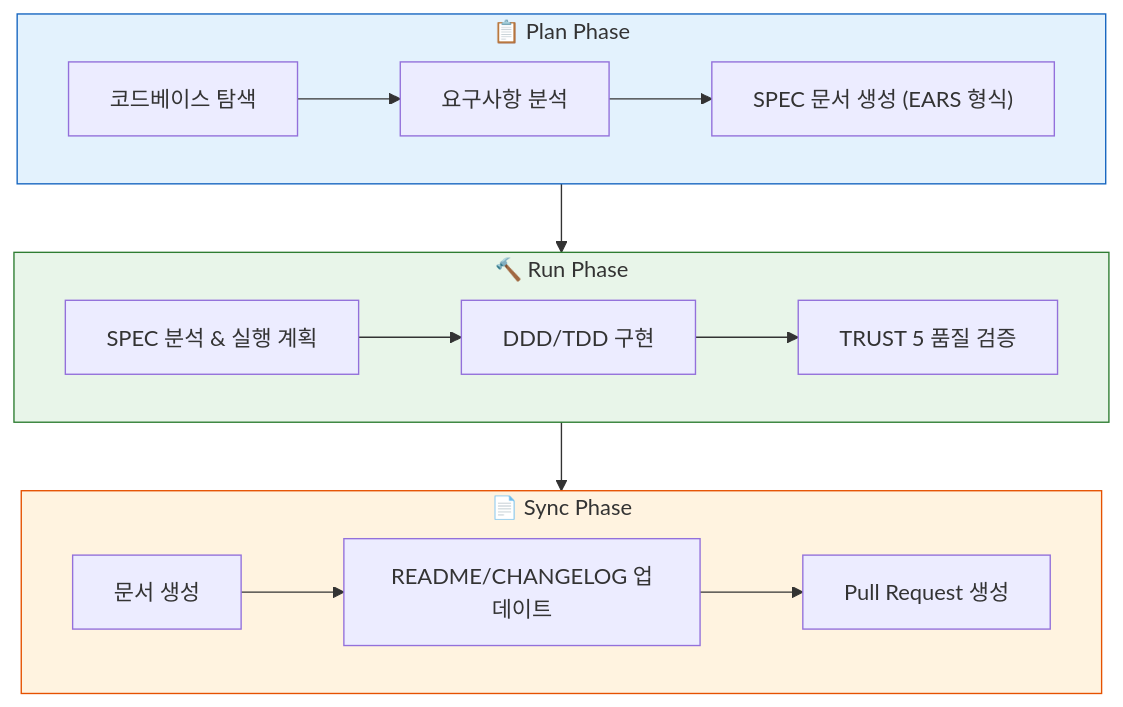
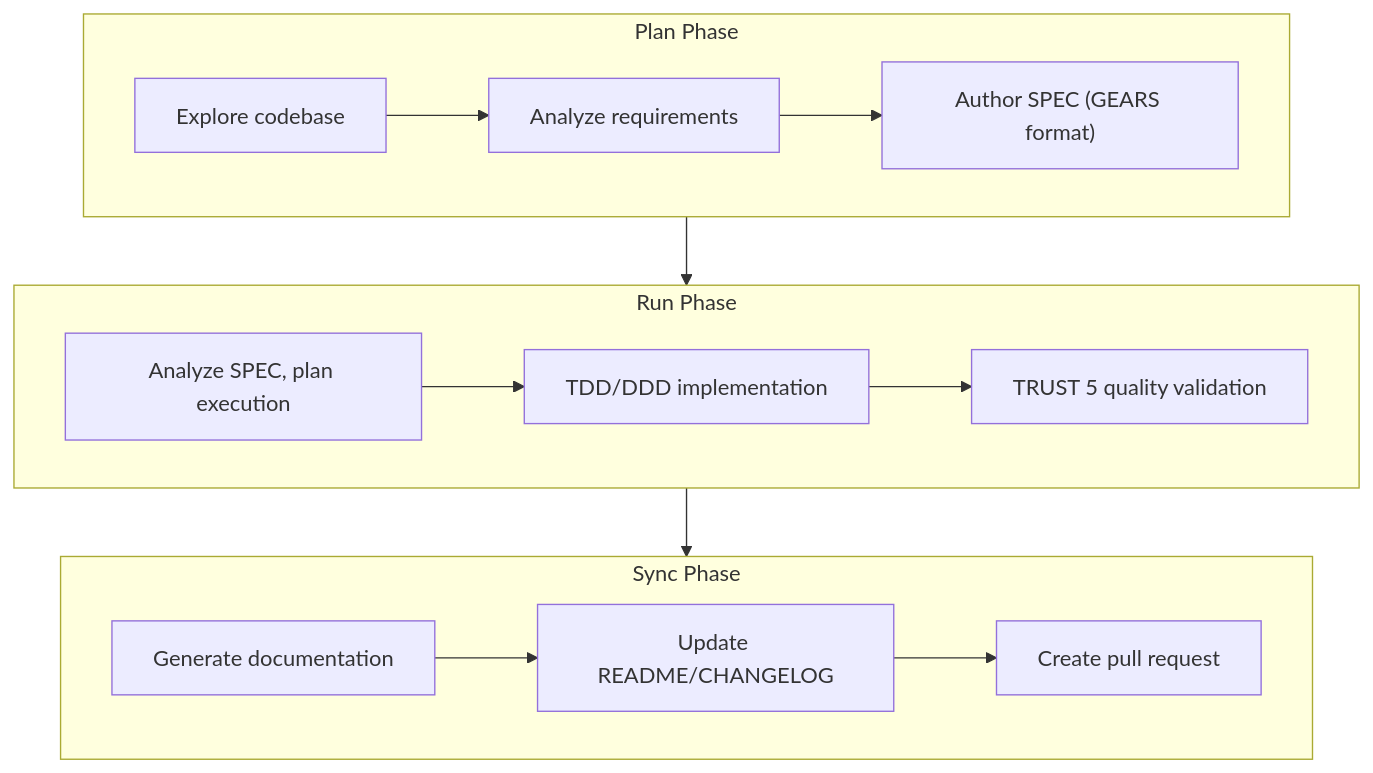
The fourth of 5 diagrams in README.ko.md (modu-ai/moai-adk), drawn with Mermaid before and after one commit. The commit also changed other lines of this file and 395 other files, not shown here.

````diff
--- a/README.ko.md
+++ b/README.ko.md
@@ -555,24 +390,20 @@
 ```mermaid
-graph TB
-    subgraph Plan ["📋 Plan Phase"]
-        P1["코드베이스 탐색"] --> P2["요구사항 분석"]
-        P2 --> P3["SPEC 문서 생성 (EARS 형식)"]
+flowchart TB
+    subgraph Plan ["Plan Phase"]
+        P1["Explore codebase"] --> P2["Analyze requirements"]
+        P2 --> P3["Author SPEC (GEARS format)"]
     end
 
-    subgraph Run ["🔨 Run Phase"]
-        R1["SPEC 분석 & 실행 계획"] --> R2["DDD/TDD 구현"]
-        R2 --> R3["TRUST 5 품질 검증"]
+    subgraph Run ["Run Phase"]
+        R1["Analyze SPEC, plan execution"] --> R2["TDD/DDD implementation"]
+        R2 --> R3["TRUST 5 quality validation"]
     end
 
-    subgraph Sync ["📄 Sync Phase"]
-        S1["문서 생성"] --> S2["README/CHANGELOG 업데이트"]
-        S2 --> S3["Pull Request 생성"]
+    subgraph Sync ["Sync Phase"]
+        S1["Generate documentation"] --> S2["Update README/CHANGELOG"]
+        S2 --> S3["Create pull request"]
     end
 
     Plan --> Run
     Run --> Sync
-
-    style Plan fill:#E3F2FD,stroke:#1565C0
-    style Run fill:#E8F5E9,stroke:#2E7D32
-    style Sync fill:#FFF3E0,stroke:#E65100
 ```
````
